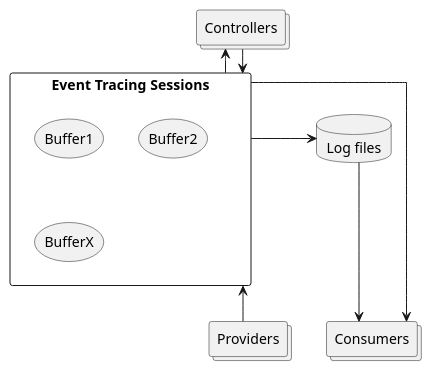
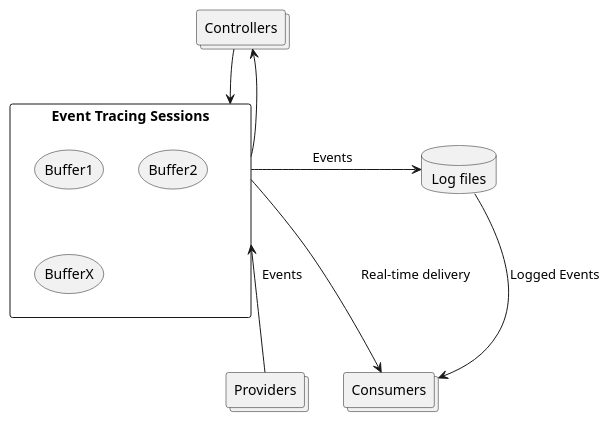
One commit to fisboger/master-thesis-report changed the diagram in figures/diagrams/etw-model-diagram.puml. Above: the diagram before and after it, drawn with PlantUML. The commit also changed 11 other files, not shown here.

```diff
--- a/figures/diagrams/etw-model-diagram.puml
+++ b/figures/diagrams/etw-model-diagram.puml
@@ -1,39 +1,39 @@
 @startuml
-skinparam linetype ortho
+' skinparam linetype ortho
 ' node node1
 ' node node2
 ' node node3
 ' node node4
 ' node node5
 ' node1 -- node2 : label1
 ' node1 .. node3 : label2
 ' node1 ~~ node4 : label3
 ' node1 == node5
 
 together {
     collections Providers
     collections Consumers
 }
 
 collections Controllers
 
 rectangle "Event Tracing Sessions" as EventTracingSessions {
     storage Buffer1
     storage Buffer2
     storage BufferX
 }
 
 Controllers -d-> EventTracingSessions
 EventTracingSessions -u-> Controllers
 
 
 
-EventTracingSessions <-d-- Providers
-EventTracingSessions -d--> Consumers
+EventTracingSessions <-d-- Providers : Events
+EventTracingSessions -d--> Consumers : Real-time delivery
 
 database "Log files" as LogFiles
 
-EventTracingSessions -r-> LogFiles
-LogFiles -d-> Consumers
+EventTracingSessions -r-> LogFiles : Events
+LogFiles -d-> Consumers : Logged Events
 ' Providers -u--> EventTracingSessions : Events
 @enduml
```
